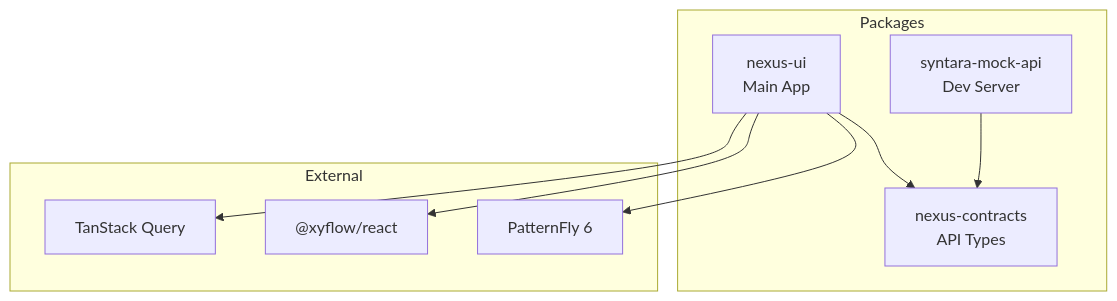
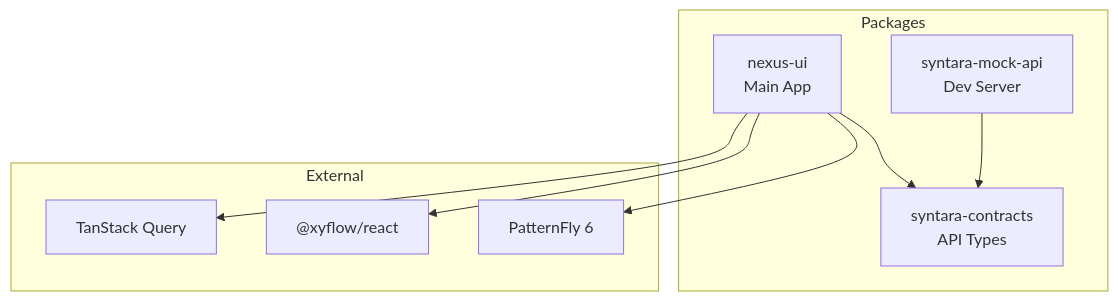
One commit to alinabuzachis/syntara changed the fourth of 19 diagrams in frontend/docs/architecture.md. Above: the diagram before and after it, drawn with Mermaid. The commit also changed other lines of this file and 424 other files, not shown here.

First line of the commit message:
refactor: rename @ansible/nexus-contracts to @syntara/contracts (#985)

````diff
--- a/frontend/docs/architecture.md
+++ b/frontend/docs/architecture.md
@@ -246,21 +246,21 @@
 ```mermaid
 flowchart TB
   subgraph Packages
     UI[nexus-ui<br/>Main App]
-    Contracts[nexus-contracts<br/>API Types]
+    Contracts[syntara-contracts<br/>API Types]
     Mock[syntara-mock-api<br/>Dev Server]
   end
 
   UI --> Contracts
   Mock --> Contracts
 
   subgraph External
     PatternFly[PatternFly 6]
     ReactFlow["@xyflow/react"]
     TanStack[TanStack Query]
   end
 
   UI --> PatternFly
   UI --> ReactFlow
   UI --> TanStack
 ```
````
